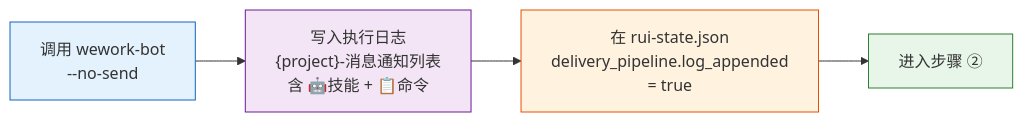
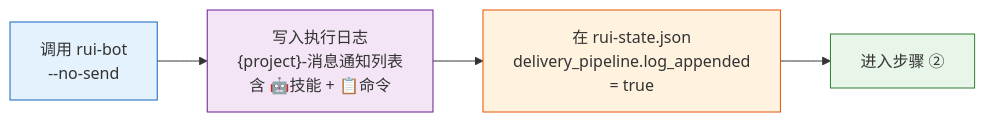
The third of 10 diagrams in rules/delivery-gate.md (effiy/YrY), drawn with Mermaid before and after one commit. The commit also changed other lines of this file and 41 other files, not shown here.

````diff
--- a/rules/delivery-gate.md
+++ b/rules/delivery-gate.md
@@ -85,11 +85,11 @@
 ```mermaid
 flowchart LR
-    CALL["调用 wework-bot<br/>--no-send"]:::step --> LOG["写入执行日志<br/>{project}-消息通知列表<br/>含 🤖技能 + 📋命令"]:::out
+    CALL["调用 rui-bot<br/>--no-send"]:::step --> LOG["写入执行日志<br/>{project}-消息通知列表<br/>含 🤖技能 + 📋命令"]:::out
     LOG --> MARK["在 rui-state.json<br/>delivery_pipeline.log_appended<br/>= true"]:::mark
     MARK --> NEXT["进入步骤 ②"]:::next
 
     classDef step fill:#e3f2fd,stroke:#1565c0;
     classDef out fill:#f3e5f5,stroke:#6a1b9a;
     classDef mark fill:#fff3e0,stroke:#e65100;
     classDef next fill:#e8f5e9,stroke:#2e7d32;
 ```
````
